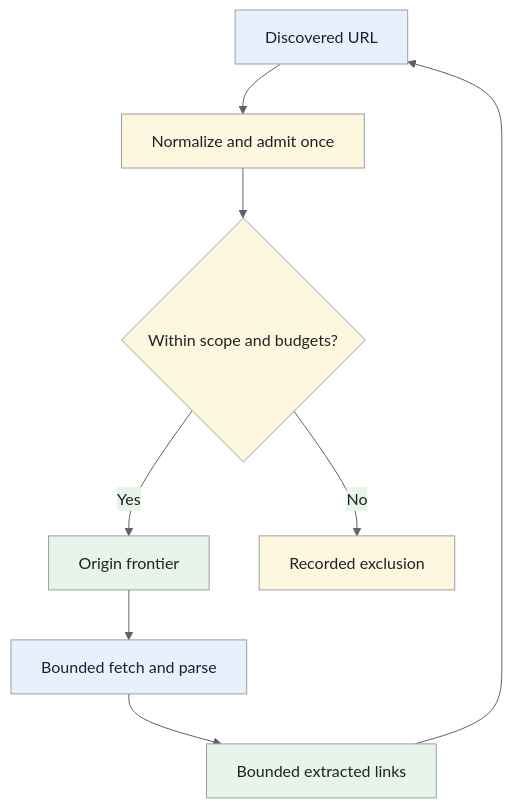
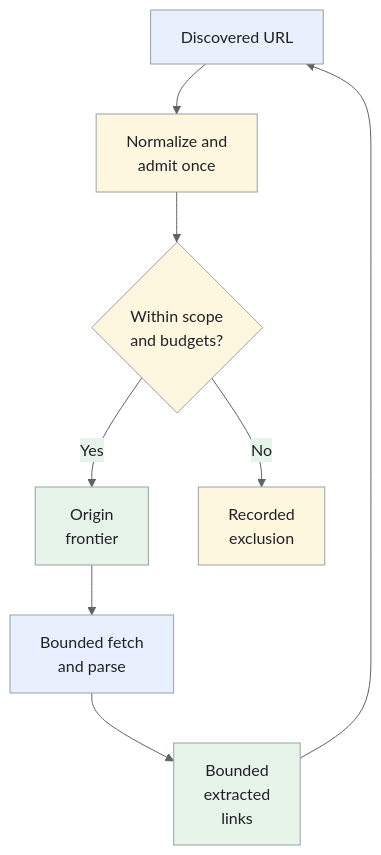
One commit to iliazlobin/iliazlobin.github.io changed the sixth of 6 diagrams in _designs/system-design-web-crawler.md. Above: the diagram before and after it, drawn with Mermaid. The commit also changed other lines of this file and 116 other files, not shown here.

````diff
--- a/_designs/system-design-web-crawler.md
+++ b/_designs/system-design-web-crawler.md
@@ -340,18 +371,18 @@
 ```mermaid
-%%{init: {'theme':'base','themeVariables':{'primaryColor':'#e8f0fe','primaryTextColor':'#202124','primaryBorderColor':'#9aa0a6','lineColor':'#5f6368','secondaryColor':'#e6f4ea','tertiaryColor':'#fef7e0','actorBkg':'#e8f0fe','actorBorder':'#9aa0a6','actorTextColor':'#202124','noteBkgColor':'#fef7e0','noteTextColor':'#202124','noteBorderColor':'#9aa0a6','signalColor':'#5f6368','signalTextColor':'#202124','labelBoxBkgColor':'#fef7e0','labelBoxBorderColor':'#9aa0a6'}}}%%
+%%{init: {"theme":"base","themeVariables":{"primaryColor":"#e8f0fe","primaryBorderColor":"#9aa0a6","primaryTextColor":"#202124","secondaryColor":"#e6f4ea","tertiaryColor":"#fef7e0","lineColor":"#5f6368","actorBkg":"#e8f0fe","actorBorder":"#9aa0a6","actorTextColor":"#202124","noteBkgColor":"#fef7e0","noteBorderColor":"#9aa0a6","noteTextColor":"#202124","signalColor":"#5f6368","signalTextColor":"#202124"}}}%%
 flowchart TB
-  U["Discovered URL"] --> N["Normalize and admit once"]
-  N --> B{"Within scope and budgets?"}
-  B -->|"Yes"| Q["Origin frontier"]
-  B -->|"No"| X["Recorded exclusion"]
-  Q --> F["Bounded fetch and parse"]
-  F --> L["Bounded extracted links"]
+  U["Discovered URL"] --> N["Normalize and<br>admit once"]
+  N --> B{"Within scope<br>and budgets?"}
+  B -->|"Yes"| Q["Origin<br>frontier"]
+  B -->|"No"| X["Recorded<br>exclusion"]
+  Q --> F["Bounded fetch<br>and parse"]
+  F --> L["Bounded<br>extracted<br>links"]
   L --> U
 classDef request fill:#e8f0fe,stroke:#9aa0a6,color:#202124;
 classDef data fill:#e6f4ea,stroke:#9aa0a6,color:#202124;
 classDef control fill:#fef7e0,stroke:#9aa0a6,color:#202124;
 class U,F request;
 class Q,L data;
 class N,B,X control;
 
 ```
````
